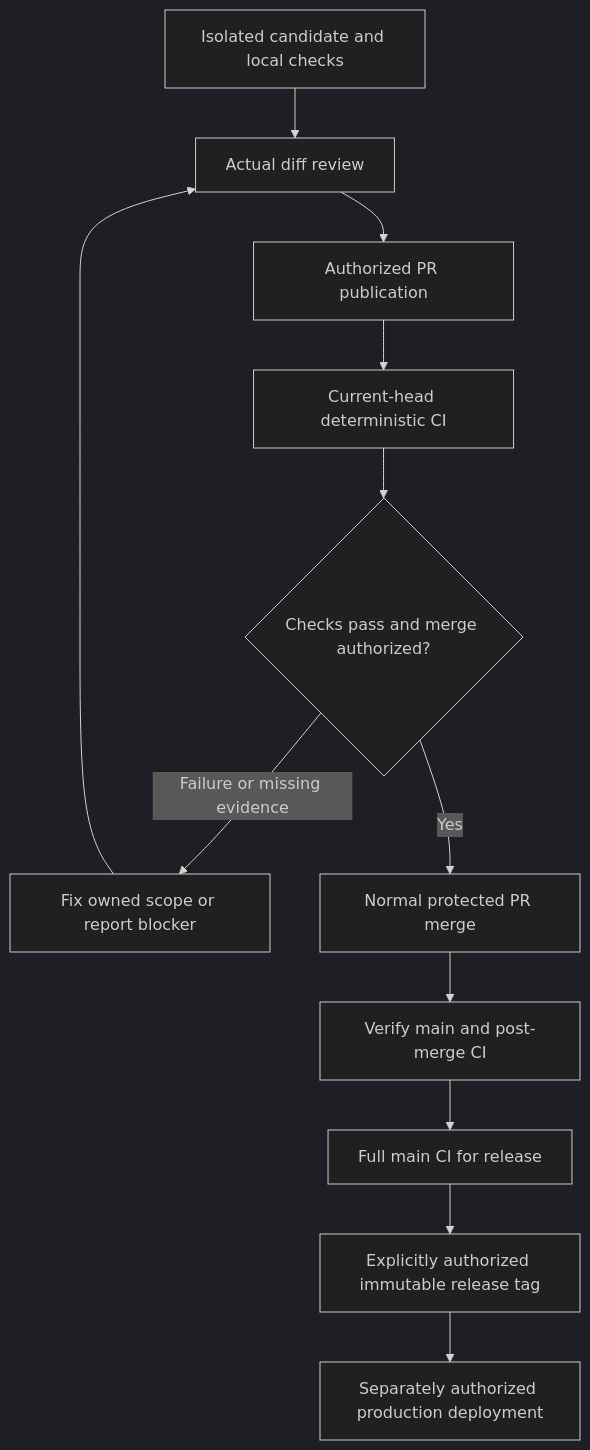
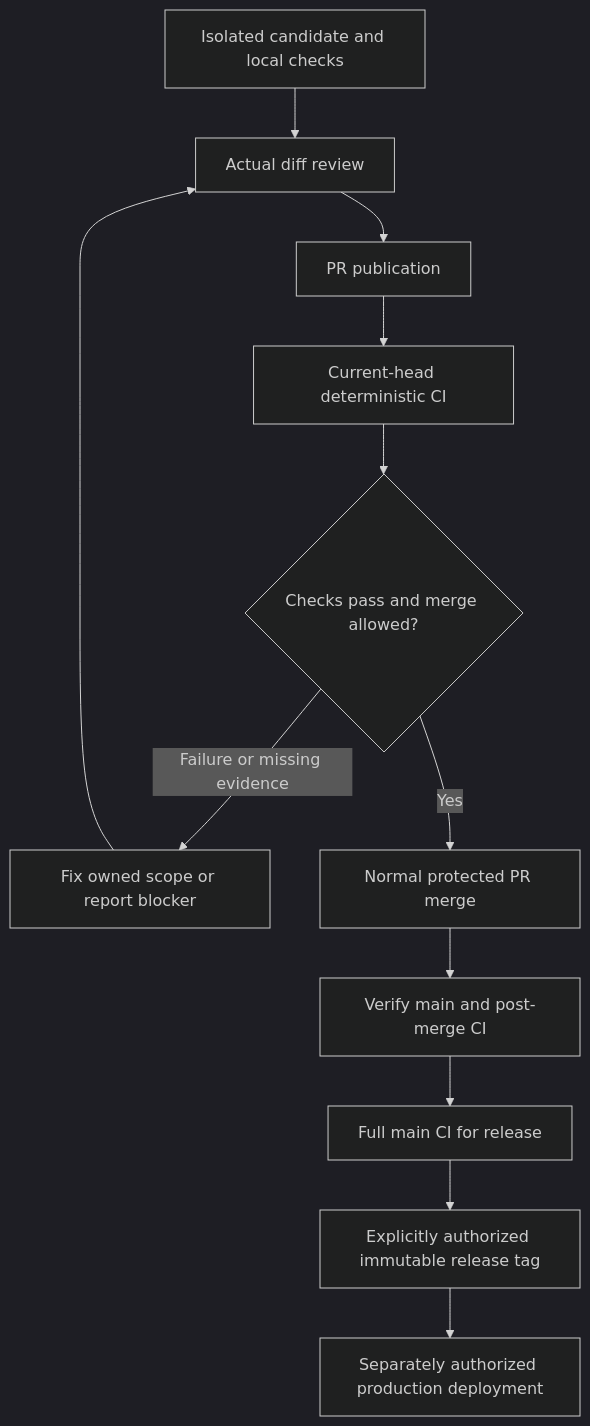
Before and after one commit to tariiq222/liwan: the diagram in docs/agents/integration-rules.md, drawn with Mermaid (dark theme). The commit also changed other lines of this file and 25 other files, not shown here.

````diff
--- a/docs/agents/integration-rules.md
+++ b/docs/agents/integration-rules.md
@@ -145,14 +180,14 @@
 ```mermaid
 flowchart TD
     A[Isolated candidate and local checks] --> B[Actual diff review]
-    B --> C[Authorized PR publication]
+    B --> C[PR publication]
     C --> D[Current-head deterministic CI]
-    D --> E{Checks pass and merge authorized?}
+    D --> E{Checks pass and merge allowed?}
     E -->|Failure or missing evidence| F[Fix owned scope or report blocker]
     F --> B
     E -->|Yes| G[Normal protected PR merge]
     G --> H[Verify main and post-merge CI]
     H --> I[Full main CI for release]
     I --> J[Explicitly authorized immutable release tag]
     J --> K[Separately authorized production deployment]
 ```
````
